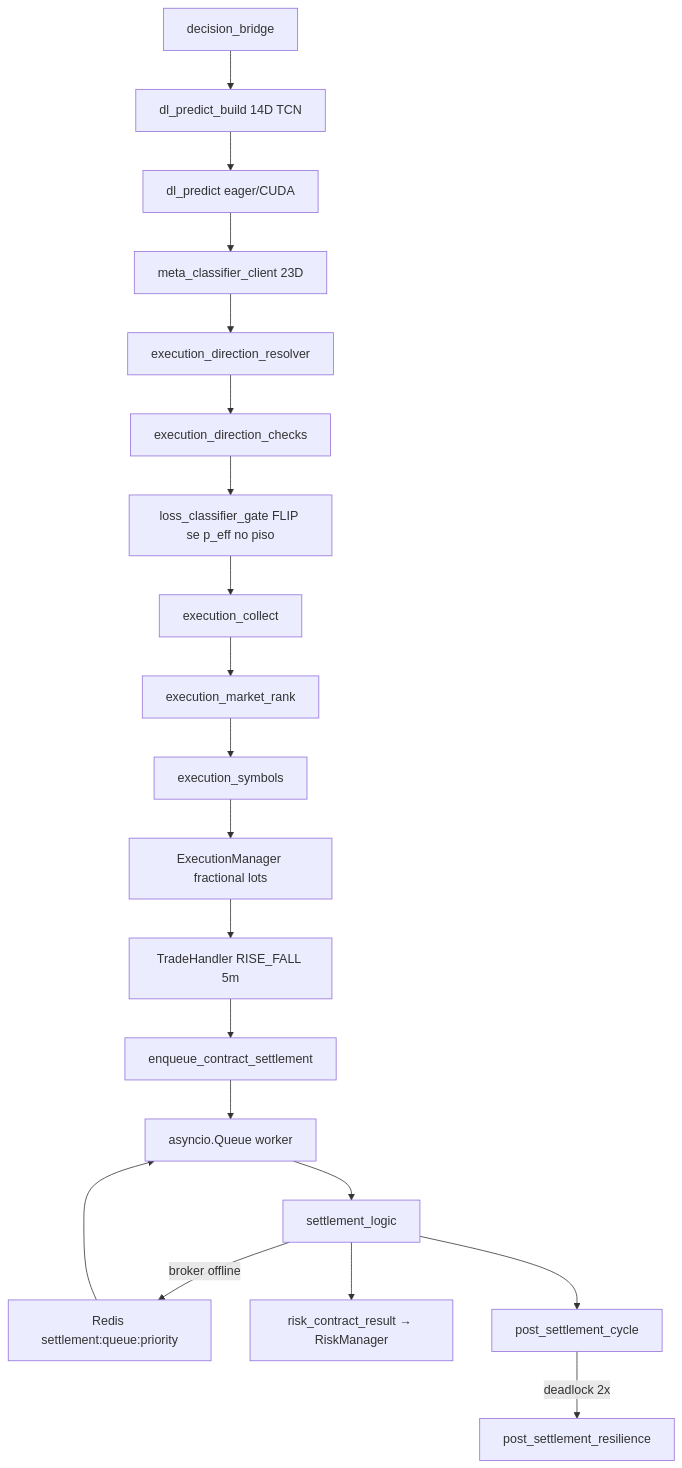
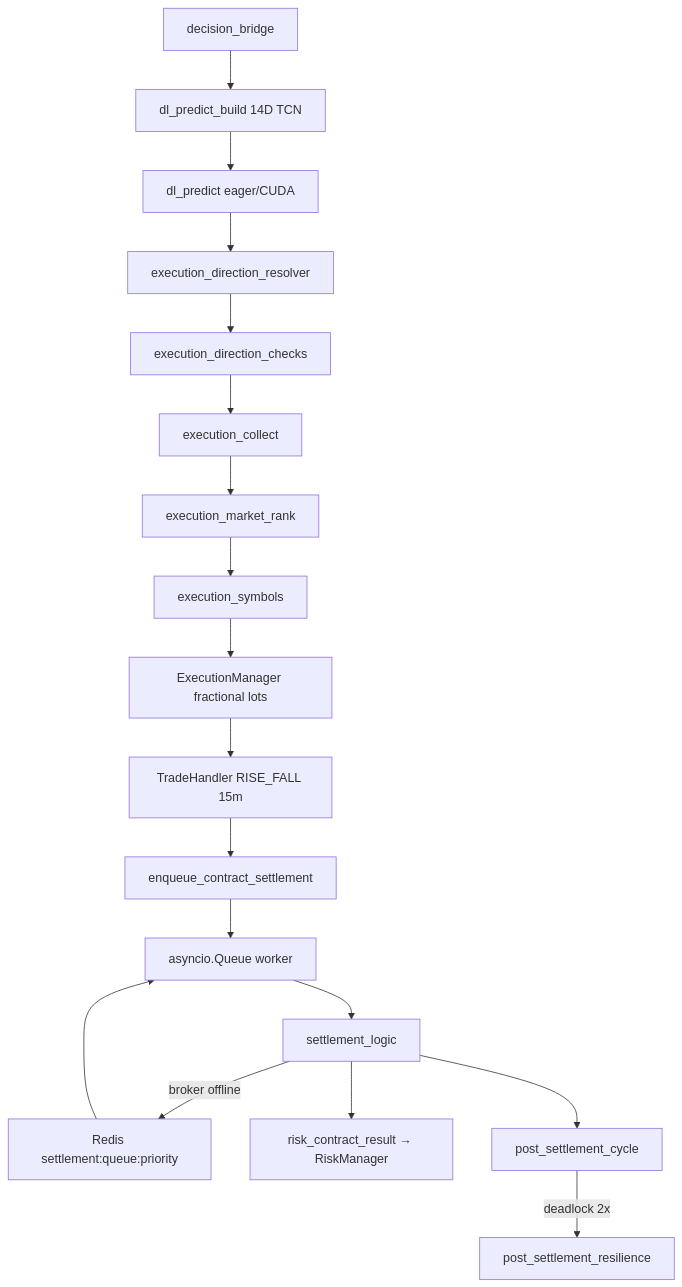
Before and after one commit to victorh-silveira/aether-quantum-engine: the diagram in docs/structure.md, drawn with Mermaid. The commit also changed other lines of this file and 135 other files, not shown here.

First line of the commit message:
refactor(infra): remover containers e modulos de meta e loss classifier

````diff
--- a/docs/structure.md
+++ b/docs/structure.md
@@ -470,22 +455,20 @@
 ```mermaid
 flowchart TD
   BR[decision_bridge] --> BUNDLE[dl_predict_build 14D TCN]
   BUNDLE --> PRED[dl_predict eager/CUDA]
-  PRED --> META[meta_classifier_client 23D]
-  META --> RES[execution_direction_resolver]
+  PRED --> RES[execution_direction_resolver]
   RES --> CHK[execution_direction_checks]
-  CHK --> LOSS[loss_classifier_gate FLIP se p_eff no piso]
-  LOSS --> COL[execution_collect]
+  CHK --> COL[execution_collect]
   COL --> RANK[execution_market_rank]
   RANK --> SYM[execution_symbols]
   SYM --> EM[ExecutionManager fractional lots]
-  EM --> TH[TradeHandler RISE_FALL 5m]
+  EM --> TH[TradeHandler RISE_FALL 15m]
   TH --> ENQ[enqueue_contract_settlement]
   ENQ --> WQ[asyncio.Queue worker]
   WQ --> ST[settlement_logic]
   ST -->|broker offline| RQ[Redis settlement:queue:priority]
   RQ --> WQ
   ST --> RM[risk_contract_result → RiskManager]
   ST --> PSC[post_settlement_cycle]
   PSC -->|deadlock 2x| REC[post_settlement_resilience]
 ```
````
